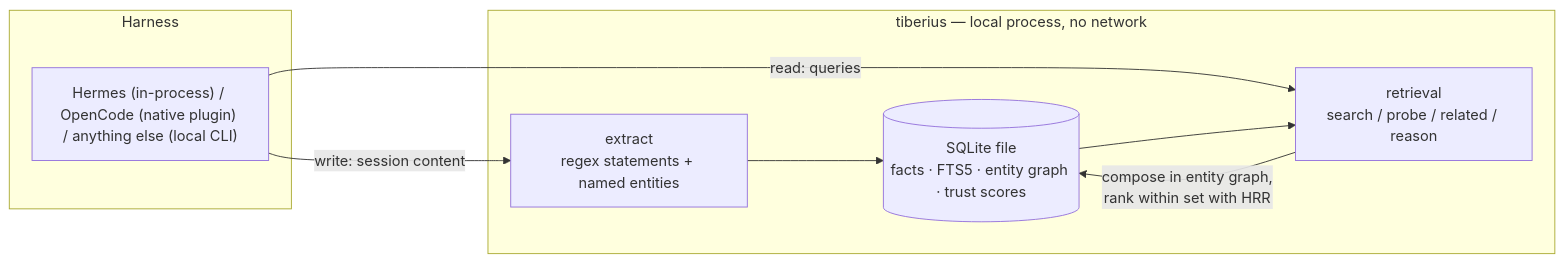
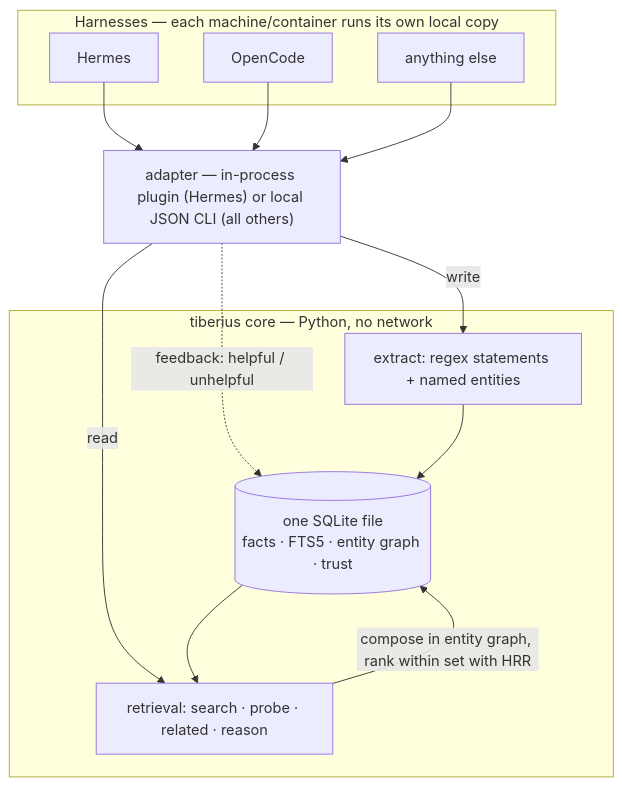
Before and after one commit to Greg-GB/tiberius: the diagram in README.md, drawn with Mermaid.

Commit message:
README: upgrade architecture diagram
Split the single harness node into Hermes/OpenCode/other with the
adapter layer, and add the trust-feedback edge — the diagram now shows
the multi-harness model (the fork's point) instead of one blob.

````diff
--- a/README.md
+++ b/README.md
@@ -38,16 +38,23 @@
 ```mermaid
-flowchart LR
-    subgraph Harness
-        H["Hermes (in-process) / OpenCode (native plugin) / anything else (local CLI)"]
+flowchart TB
+    subgraph H["Harnesses — each machine/container runs its own local copy"]
+        HM["Hermes"]
+        OC["OpenCode"]
+        OT["anything else"]
     end
-    subgraph Tiberius["tiberius — local process, no network"]
-        E["extract<br/>regex statements + named entities"]
-        S[("SQLite file<br/>facts · FTS5 · entity graph · trust scores")]
-        R["retrieval<br/>search / probe / related / reason"]
+    A["adapter — in-process plugin (Hermes) or local JSON CLI (all others)"]
+    subgraph T["tiberius core — Python, no network"]
+        E["extract: regex statements + named entities"]
+        R["retrieval: search · probe · related · reason"]
+        S[("one SQLite file<br/>facts · FTS5 · entity graph · trust")]
     end
-    H -- "write: session content" --> E
+    HM --> A
+    OC --> A
+    OT --> A
+    A -- "write" --> E
+    A -- "read" --> R
+    A -. "feedback: helpful / unhelpful" .-> S
     E --> S
-    H -- "read: queries" --> R
-    R -- "compose in entity graph,<br/>rank within set with HRR" --> S
+    R -- "compose in entity graph, rank within set with HRR" --> S
     S --> R
 ```
````
